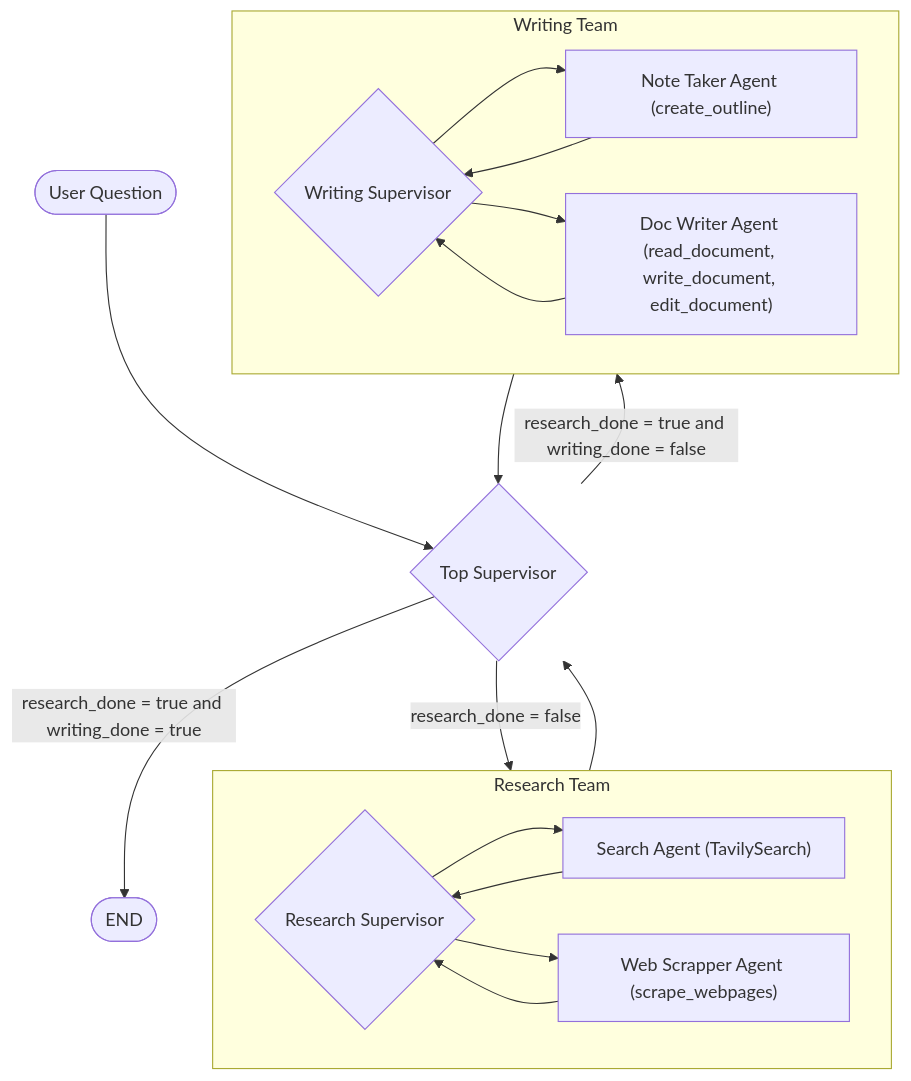
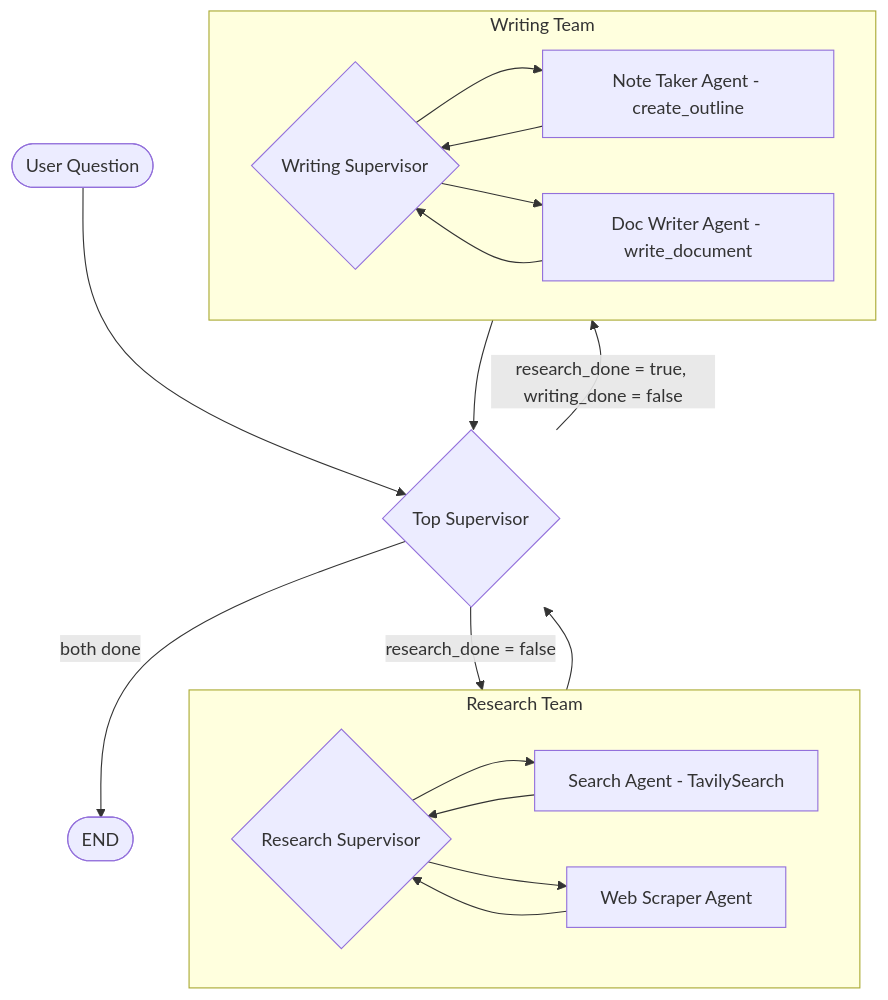
Before and after one commit to gnanadeep52/Multiagent: the diagram in README.md, drawn with Mermaid. The commit also changed other lines of this file, not shown here.

````diff
--- a/README.md
+++ b/README.md
@@ -117,33 +23,32 @@
 ```mermaid
 flowchart TD
     START([User Question]) --> TOP_SUPERVISOR
 
     TOP_SUPERVISOR{Top Supervisor}
     TOP_SUPERVISOR -->|research_done = false| RESEARCH_TEAM
-    TOP_SUPERVISOR -->|research_done = true and writing_done = false| WRITING_TEAM
-    TOP_SUPERVISOR -->|research_done = true and writing_done = true| END([END])
+    TOP_SUPERVISOR -->|research_done = true, writing_done = false| WRITING_TEAM
+    TOP_SUPERVISOR -->|both done| END([END])
 
     subgraph RESEARCH_TEAM["Research Team"]
         RSUP{Research Supervisor}
-        SEARCH_AGENT["Search Agent (TavilySearch)"]
-        WEB_SCRAPPER["Web Scrapper Agent (scrape_webpages)"]
+        SEARCH_AGENT["Search Agent - TavilySearch"]
+        WEB_SCRAPPER["Web Scraper Agent"]
         RSUP --> SEARCH_AGENT
         RSUP --> WEB_SCRAPPER
         SEARCH_AGENT --> RSUP
         WEB_SCRAPPER --> RSUP
     end
 
-    RESEARCH_TEAM --> TOP_SUPERVISOR
-
     subgraph WRITING_TEAM["Writing Team"]
         WSUP{Writing Supervisor}
-        NOTE_TAKER["Note Taker Agent (create_outline)"]
-        DOC_WRITER["Doc Writer Agent (read_document, write_document, edit_document)"]
+        NOTE_TAKER["Note Taker Agent - create_outline"]
+        DOC_WRITER["Doc Writer Agent - write_document"]
         WSUP --> NOTE_TAKER
         WSUP --> DOC_WRITER
         NOTE_TAKER --> WSUP
         DOC_WRITER --> WSUP
     end
 
+    RESEARCH_TEAM --> TOP_SUPERVISOR
     WRITING_TEAM --> TOP_SUPERVISOR
-  ```
+```
````
